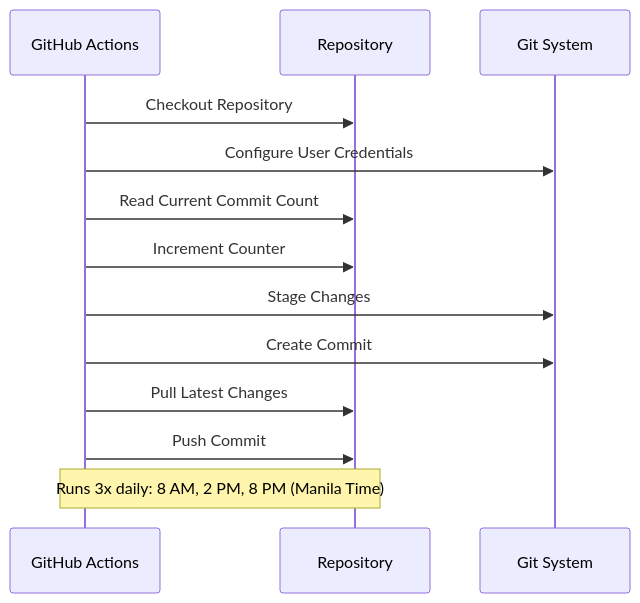
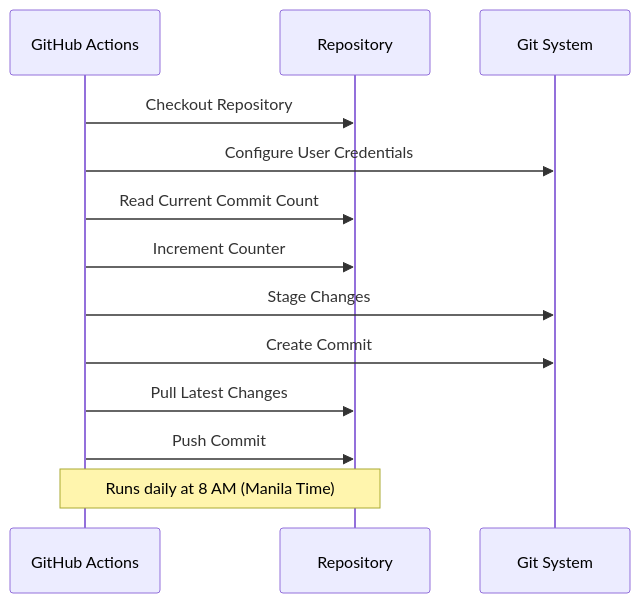
The second of 2 diagrams in README.md (Froillan123/Gitauto), drawn with Mermaid before and after one commit. The commit also changed other lines of this file and 1 other file, not shown here.

Commit message:
fix: make it 1 time a day

````diff
--- a/README.md
+++ b/README.md
@@ -47,17 +47,17 @@
 ```mermaid
 sequenceDiagram
     participant GH as GitHub Actions
     participant Repo as Repository
     participant Git as Git System
     
     GH->>Repo: Checkout Repository
     GH->>Git: Configure User Credentials
     GH->>Repo: Read Current Commit Count
     GH->>Repo: Increment Counter
     GH->>Git: Stage Changes
     GH->>Git: Create Commit
     GH->>Repo: Pull Latest Changes
     GH->>Repo: Push Commit
     
-    Note over GH,Repo: Runs 3x daily: 8 AM, 2 PM, 8 PM (Manila Time)
+    Note over GH,Repo: Runs daily at 8 AM (Manila Time)
 ```
````
